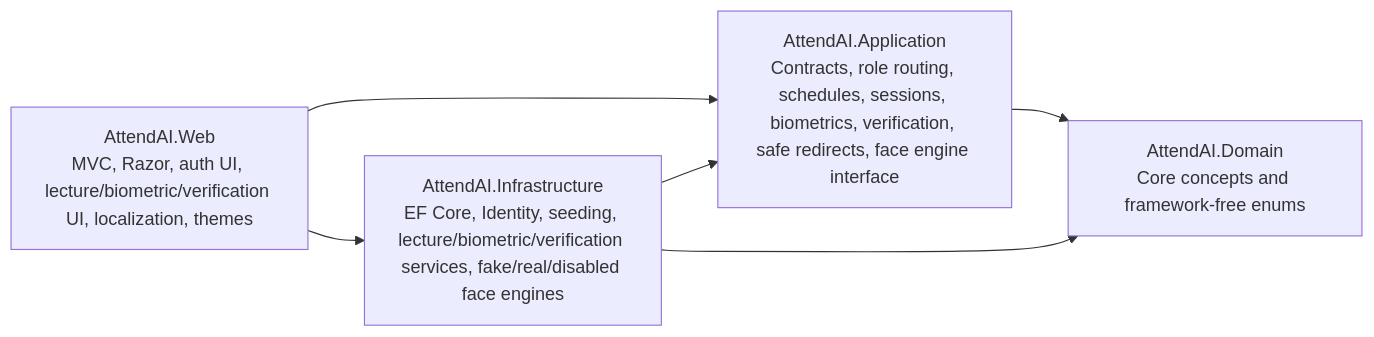
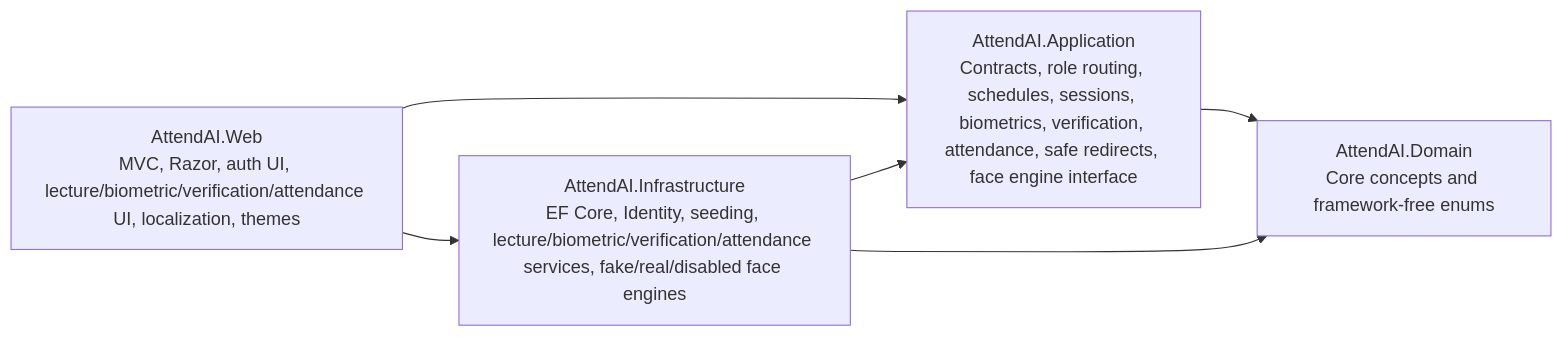
One commit to YazAj/SmartAtt changed the first of 7 diagrams in docs/02-System-Architecture.md. Above: the diagram before and after it, drawn with Mermaid. The commit also changed other lines of this file and 68 other files, not shown here.

Commit message:
feat(sprint-6): add secure biometric attendance check-in

````diff
--- a/docs/02-System-Architecture.md
+++ b/docs/02-System-Architecture.md
@@ -5,8 +5,8 @@
 ```mermaid
 flowchart LR
-    Web["AttendAI.Web\nMVC, Razor, auth UI, lecture/biometric/verification UI, localization, themes"] --> Application["AttendAI.Application\nContracts, role routing, schedules, sessions, biometrics, verification, safe redirects, face engine interface"]
-    Web --> Infrastructure["AttendAI.Infrastructure\nEF Core, Identity, seeding, lecture/biometric/verification services, fake/real/disabled face engines"]
+    Web["AttendAI.Web\nMVC, Razor, auth UI, lecture/biometric/verification/attendance UI, localization, themes"] --> Application["AttendAI.Application\nContracts, role routing, schedules, sessions, biometrics, verification, attendance, safe redirects, face engine interface"]
+    Web --> Infrastructure["AttendAI.Infrastructure\nEF Core, Identity, seeding, lecture/biometric/verification/attendance services, fake/real/disabled face engines"]
     Infrastructure --> Application
     Infrastructure --> Domain["AttendAI.Domain\nCore concepts and framework-free enums"]
     Application --> Domain
 ```
````
